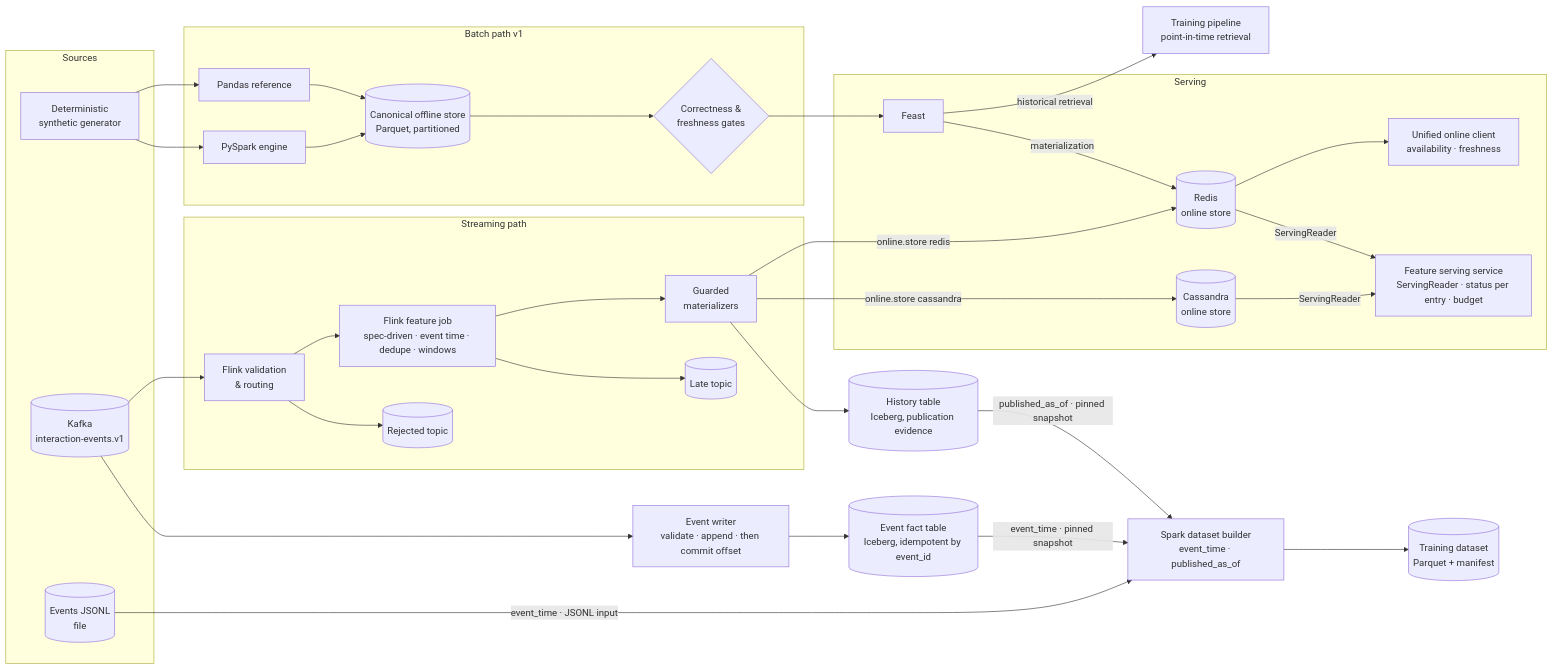
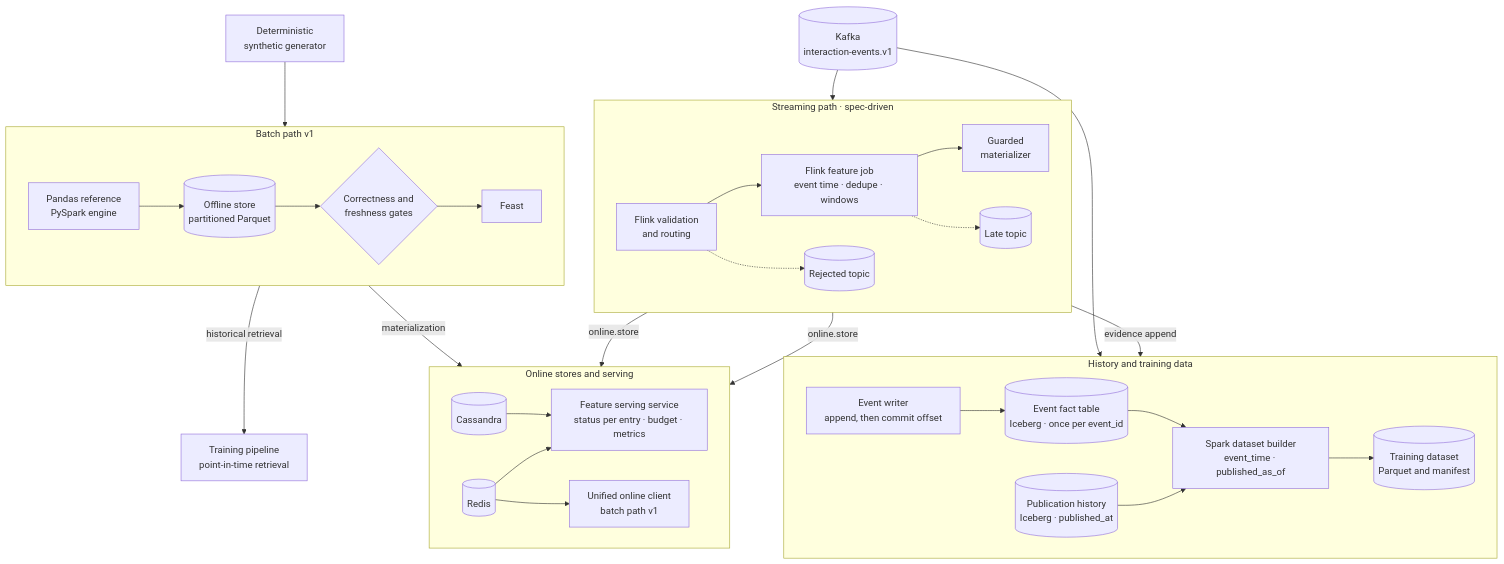
One commit to oster-dev/featureforge changed the diagram in README.md. Above: the diagram before and after it, drawn with Mermaid. The commit also changed other lines of this file and 20 other files, not shown here.

````diff
--- a/README.md
+++ b/README.md
@@ -41,56 +205,48 @@
 ```mermaid
-flowchart LR
-    subgraph Sources
-        GEN[Deterministic<br/>synthetic generator]
-        EV[(Kafka<br/>interaction-events.v1)]
-        JSONL[(Events JSONL<br/>file)]
+flowchart TB
+    GEN[Deterministic<br/>synthetic generator]
+    EV[(Kafka<br/>interaction-events.v1)]
+
+    subgraph Stream["Streaming path · spec-driven"]
+        direction LR
+        VAL[Flink validation<br/>and routing] --> FJ[Flink feature job<br/>event time · dedupe · windows] --> MAT[Guarded<br/>materializer]
+        VAL -.-> REJ[(Rejected topic)]
+        FJ -.-> LATE[(Late topic)]
     end
 
     subgraph Batch["Batch path v1"]
-        PD[Pandas reference]
-        SP[PySpark engine]
-        OFF[(Canonical offline store<br/>Parquet, partitioned)]
-        GATE{Correctness &<br/>freshness gates}
+        direction LR
+        PD[Pandas reference<br/>PySpark engine] --> OFF[(Offline store<br/>partitioned Parquet)] --> GATE{Correctness and<br/>freshness gates} --> FEAST[Feast]
     end
 
-    subgraph Stream["Streaming path"]
-        VAL[Flink validation<br/>& routing]
-        REJ[(Rejected topic)]
-        FJ[Flink feature job<br/>spec-driven · event time · dedupe · windows]
-        LATE[(Late topic)]
-        MAT[Guarded<br/>materializers]
+    subgraph Online["Online stores and serving"]
+        direction LR
+        REDIS[(Redis)]
+        CASS[(Cassandra)]
+        SVC[Feature serving service<br/>status per entry · budget · metrics]
+        API[Unified online client<br/>batch path v1]
+        REDIS --> SVC
+        CASS --> SVC
+        REDIS --> API
     end
 
-    subgraph Serving
-        FEAST[Feast]
-        REDIS[(Redis<br/>online store)]
-        CASS[(Cassandra<br/>online store)]
-        SVC[Feature serving service<br/>ServingReader · status per entry · budget]
-        API[Unified online client<br/>availability · freshness]
+    subgraph Train["History and training data"]
+        direction LR
+        WRITER[Event writer<br/>append, then commit offset] --> FACT[(Event fact table<br/>Iceberg · once per event_id)]
+        HIST[(Publication history<br/>Iceberg · published_at)]
+        DS[Spark dataset builder<br/>event_time · published_as_of]
+        DSOUT[(Training dataset<br/>Parquet and manifest)]
+        FACT --> DS
+        HIST --> DS
+        DS --> DSOUT
     end
 
-    TRAIN[Training pipeline<br/>point-in-time retrieval]
-    HIST[(History table<br/>Iceberg, publication evidence)]
-    WRITER[Event writer<br/>validate · append · then commit offset]
-    FACT[(Event fact table<br/>Iceberg, idempotent by event_id)]
-    DS[Spark dataset builder<br/>event_time · published_as_of]
-    DSOUT[(Training dataset<br/>Parquet + manifest)]
-
-    GEN --> PD & SP --> OFF --> GATE --> FEAST
-    FEAST -->|historical retrieval| TRAIN
+    GEN --> PD
+    EV --> VAL
+    EV --> WRITER
+    MAT -->|online.store| REDIS
+    MAT -->|online.store| CASS
+    MAT -->|evidence append| HIST
     FEAST -->|materialization| REDIS
-    EV --> VAL --> FJ --> MAT
-    MAT -->|online.store redis| REDIS
-    MAT -->|online.store cassandra| CASS
-    VAL --> REJ
-    FJ --> LATE
-    REDIS --> API
-    REDIS -->|ServingReader| SVC
-    CASS -->|ServingReader| SVC
-    MAT --> HIST
-    EV --> WRITER --> FACT
-    FACT -->|event_time · pinned snapshot| DS
-    JSONL -->|event_time · JSONL input| DS
-    HIST -->|published_as_of · pinned snapshot| DS
-    DS --> DSOUT
+    FEAST -->|historical retrieval| TP[Training pipeline<br/>point-in-time retrieval]
 ```
````
